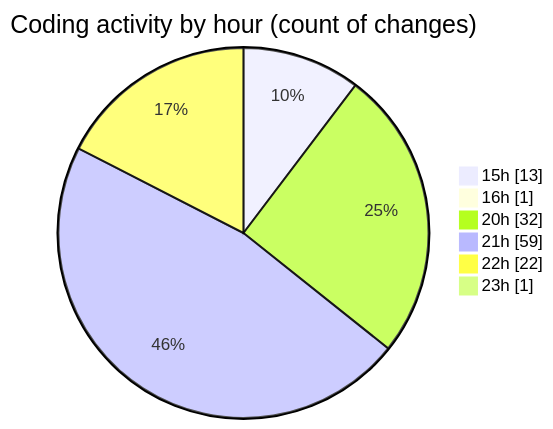
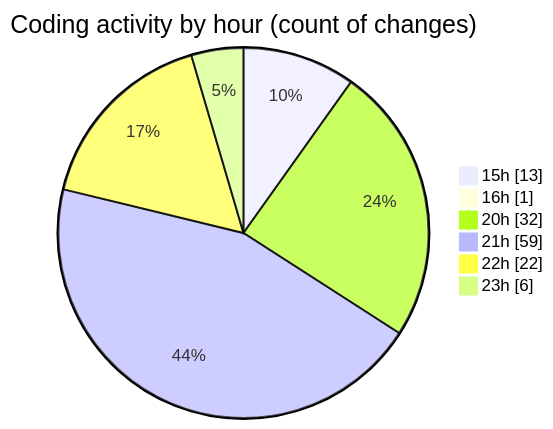
The second of 2 diagrams in 2025-07-17/ribbon/README.md (EIIisD/code-tracking), drawn with Mermaid before and after one commit. The commit also changed other lines of this file and 1 other file, not shown here.

````diff
--- a/2025-07-17/ribbon/README.md
+++ b/2025-07-17/ribbon/README.md
@@ -68,10 +68,10 @@
 ```mermaid
 pie showData
 title Coding activity by hour (count of changes)
 "15h" : 13
 "16h" : 1
 "20h" : 32
 "21h" : 59
 "22h" : 22
-"23h" : 1
+"23h" : 6
 ```
````
